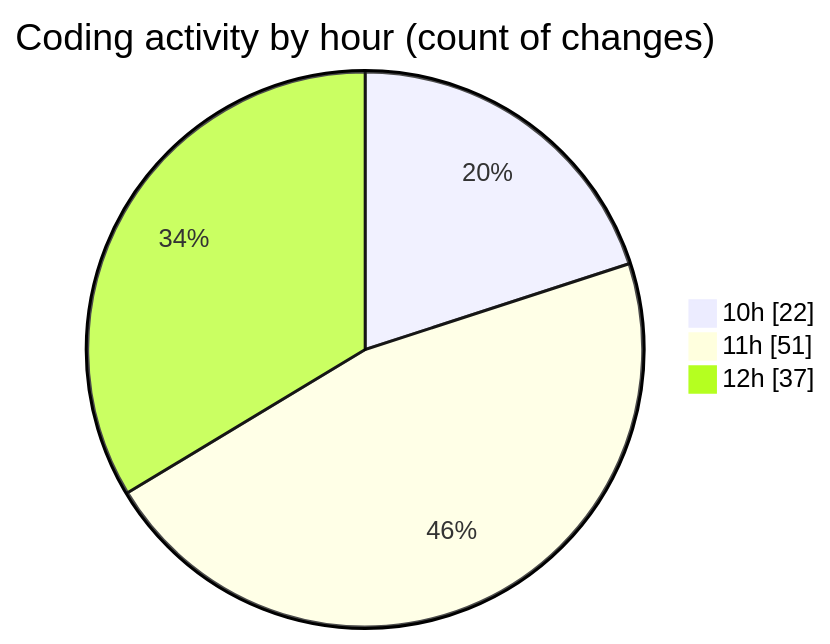
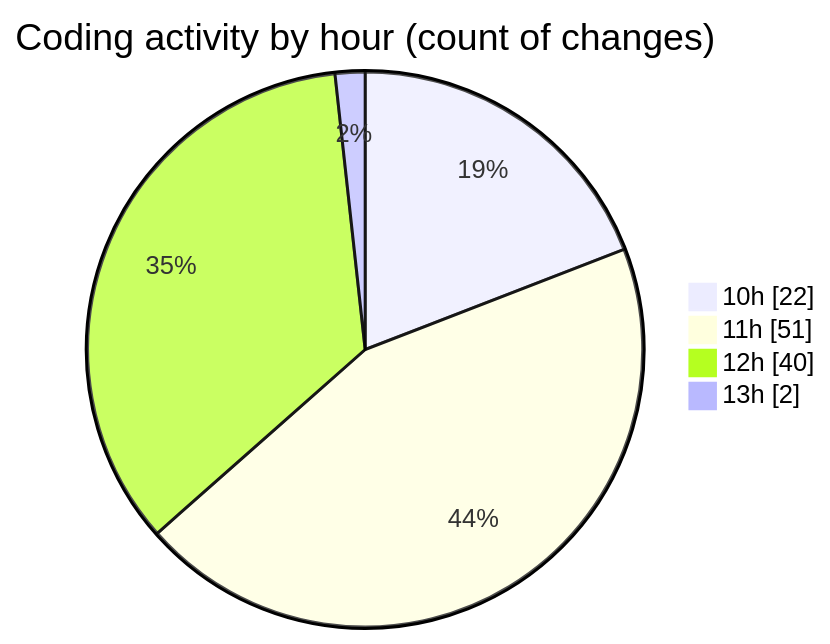
Before and after one commit to momahboobian/code-tracking: the second of 2 diagrams in 2025-04-29/cda/README.md, drawn with Mermaid. The commit also changed other lines of this file and 1 other file, not shown here.

````diff
--- a/2025-04-29/cda/README.md
+++ b/2025-04-29/cda/README.md
@@ -50,7 +50,8 @@
 ```mermaid
 pie showData
 title Coding activity by hour (count of changes)
 "10h" : 22
 "11h" : 51
-"12h" : 37
+"12h" : 40
+"13h" : 2
 ```
````
